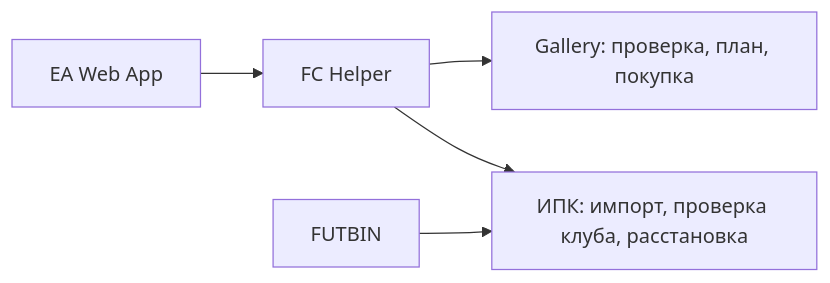
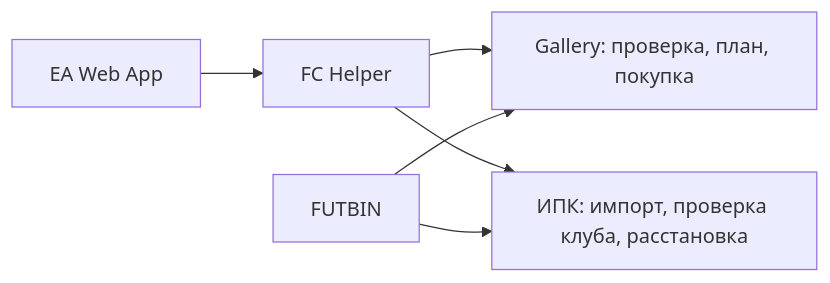
The diagram in README.md (sergunchik218/FC-Gallery_SBC-Assistant), drawn with Mermaid before and after one commit. The commit also changed other lines of this file and 7 other files, not shown here.

````diff
--- a/README.md
+++ b/README.md
@@ -7,7 +7,8 @@
 ```mermaid
 flowchart LR
     EA[EA Web App] --> H[FC Helper]
     H --> G[Gallery: проверка, план, покупка]
     H --> S[ИПК: импорт, проверка клуба, расстановка]
-    F[FUTBIN] --> S
+    F[FUTBIN] --> G
+    F --> S
 ```
````
